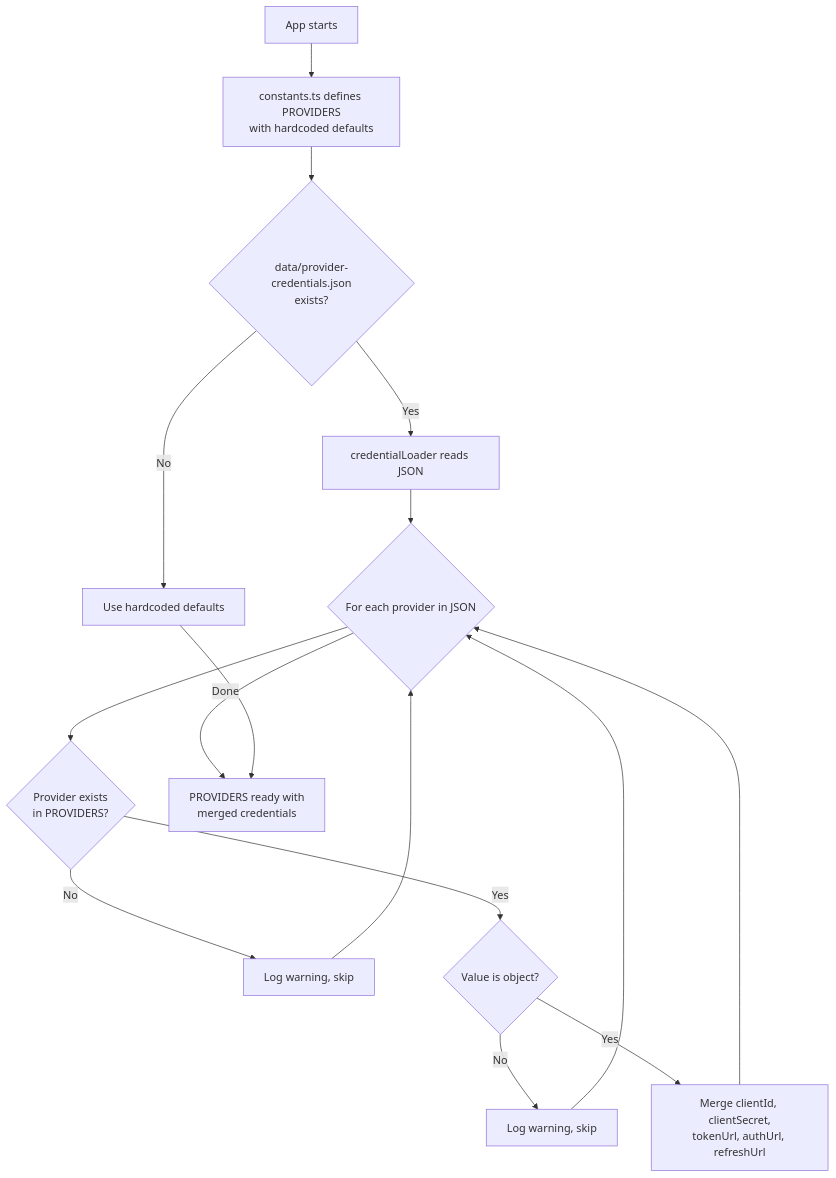
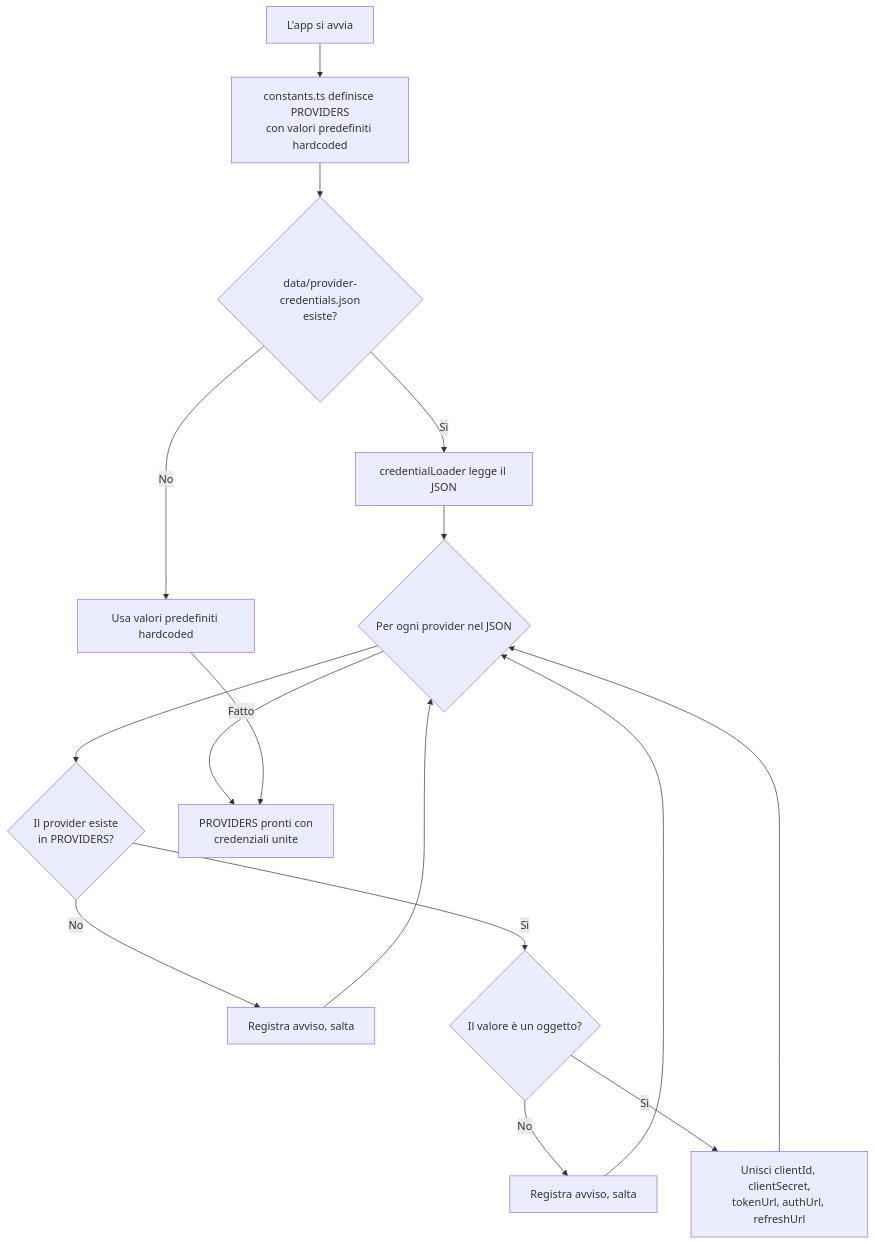
One commit to Aseel1600/Claude changed the second of 12 diagrams in docs/i18n/it/docs/architecture/CODEBASE_DOCUMENTATION.md. Above: the diagram before and after it, drawn with Mermaid. The commit also changed other lines of this file and 2 other files, not shown here.

Commit message:
docs(i18n): add Italian translation of ARCHITECTURE and CODEBASE_DOCUMENTATION

````diff
--- a/docs/i18n/it/docs/architecture/CODEBASE_DOCUMENTATION.md
+++ b/docs/i18n/it/docs/architecture/CODEBASE_DOCUMENTATION.md
@@ -126,18 +126,18 @@
 ```mermaid
 flowchart TD
-    A["App starts"] --> B["constants.ts defines PROVIDERS\nwith hardcoded defaults"]
-    B --> C{"data/provider-credentials.json\nexists?"}
-    C -->|Yes| D["credentialLoader reads JSON"]
-    C -->|No| E["Use hardcoded defaults"]
-    D --> F{"For each provider in JSON"}
-    F --> G{"Provider exists\nin PROVIDERS?"}
-    G -->|No| H["Log warning, skip"]
-    G -->|Yes| I{"Value is object?"}
-    I -->|No| J["Log warning, skip"]
-    I -->|Yes| K["Merge clientId, clientSecret,\ntokenUrl, authUrl, refreshUrl"]
+    A["L'app si avvia"] --> B["constants.ts definisce PROVIDERS\ncon valori predefiniti hardcoded"]
+    B --> C{"data/provider-credentials.json\nesiste?"}
+    C -->|Sì| D["credentialLoader legge il JSON"]
+    C -->|No| E["Usa valori predefiniti hardcoded"]
+    D --> F{"Per ogni provider nel JSON"}
+    F --> G{"Il provider esiste\nin PROVIDERS?"}
+    G -->|No| H["Registra avviso, salta"]
+    G -->|Sì| I{"Il valore è un oggetto?"}
+    I -->|No| J["Registra avviso, salta"]
+    I -->|Sì| K["Unisci clientId, clientSecret,\ntokenUrl, authUrl, refreshUrl"]
     K --> F
     H --> F
     J --> F
-    F -->|Done| L["PROVIDERS ready with\nmerged credentials"]
+    F -->|Fatto| L["PROVIDERS pronti con\ncredenziali unite"]
     E --> L
 ```
````
